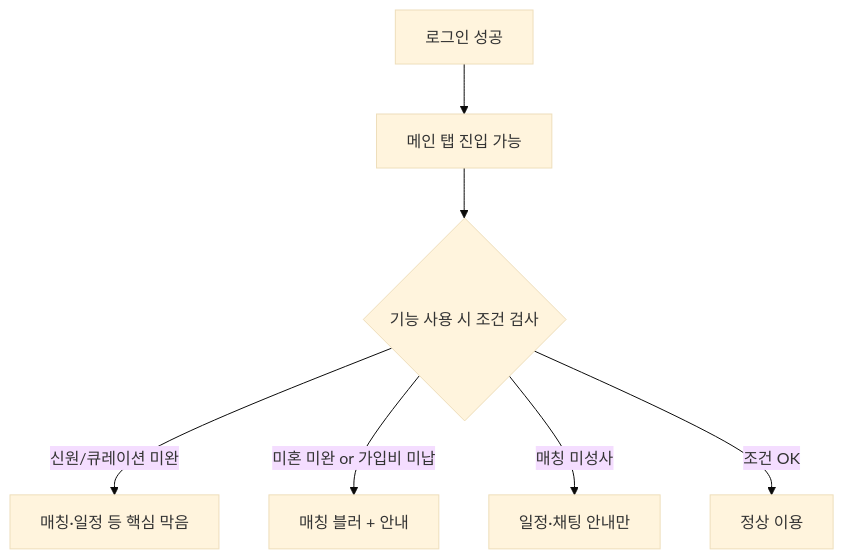
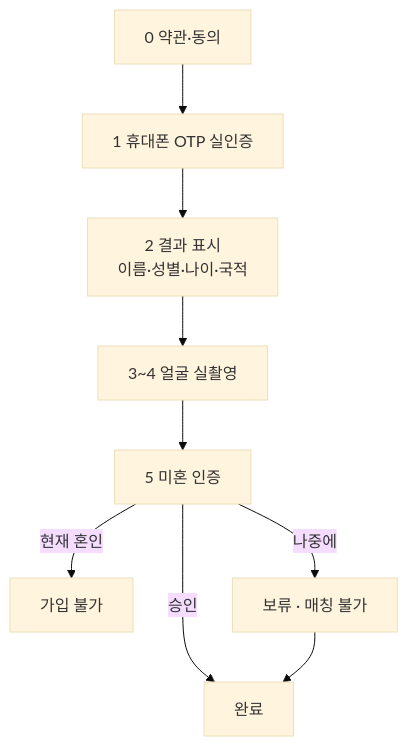
The second of 6 diagrams in docs/FLOWCHART.md (youjinni11/rebom-app), drawn with Mermaid (base theme) before and after one commit. The commit also changed other lines of this file and 3 other files, not shown here.

First line of the commit message:
문서: GitHub용 플로우차트·프레임워크 확정본 정리

````diff
--- a/docs/FLOWCHART.md
+++ b/docs/FLOWCHART.md
@@ -111,9 +57,11 @@
 ```mermaid
 flowchart TD
-  LOGIN[로그인 성공] --> MAIN[메인 탭 진입 가능]
-  MAIN --> CHECK{기능 사용 시 조건 검사}
-  CHECK -->|신원/큐레이션 미완| BLOCK1[매칭·일정 등 핵심 막음]
-  CHECK -->|미혼 미완 or 가입비 미납| BLUR[매칭 블러 + 안내]
-  CHECK -->|매칭 미성사| EMPTY[일정·채팅 안내만]
-  CHECK -->|조건 OK| OK[정상 이용]
+  A[0 약관·동의] --> B[1 휴대폰 OTP 실인증]
+  B --> C[2 결과 표시<br/>이름·성별·나이·국적]
+  C --> D[3~4 얼굴 실촬영]
+  D --> E[5 미혼 인증]
+  E -->|승인| OK[완료]
+  E -->|현재 혼인| BLOCK[가입 불가]
+  E -->|나중에| DEF[보류 · 매칭 불가]
+  DEF --> OK
 ```
````
